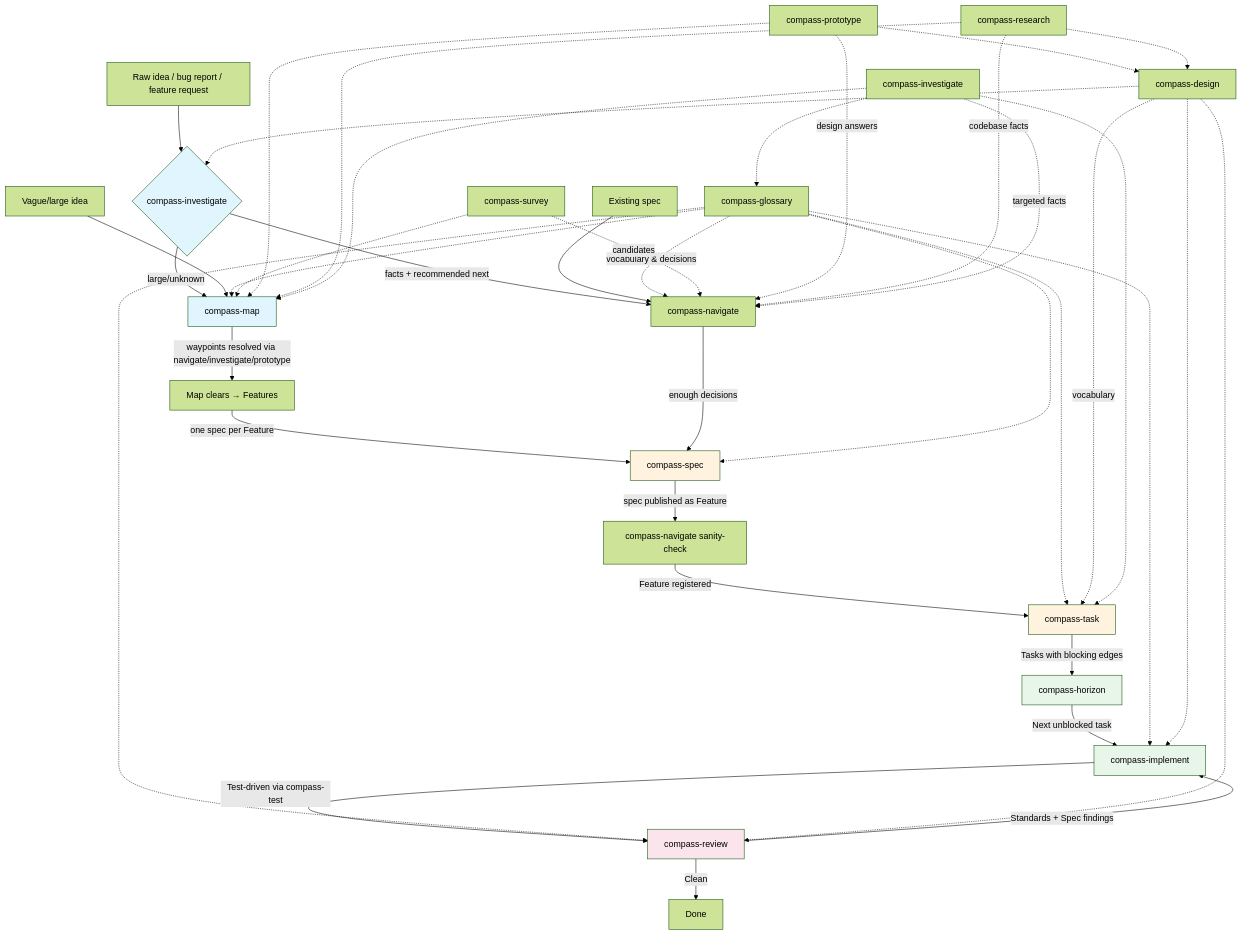
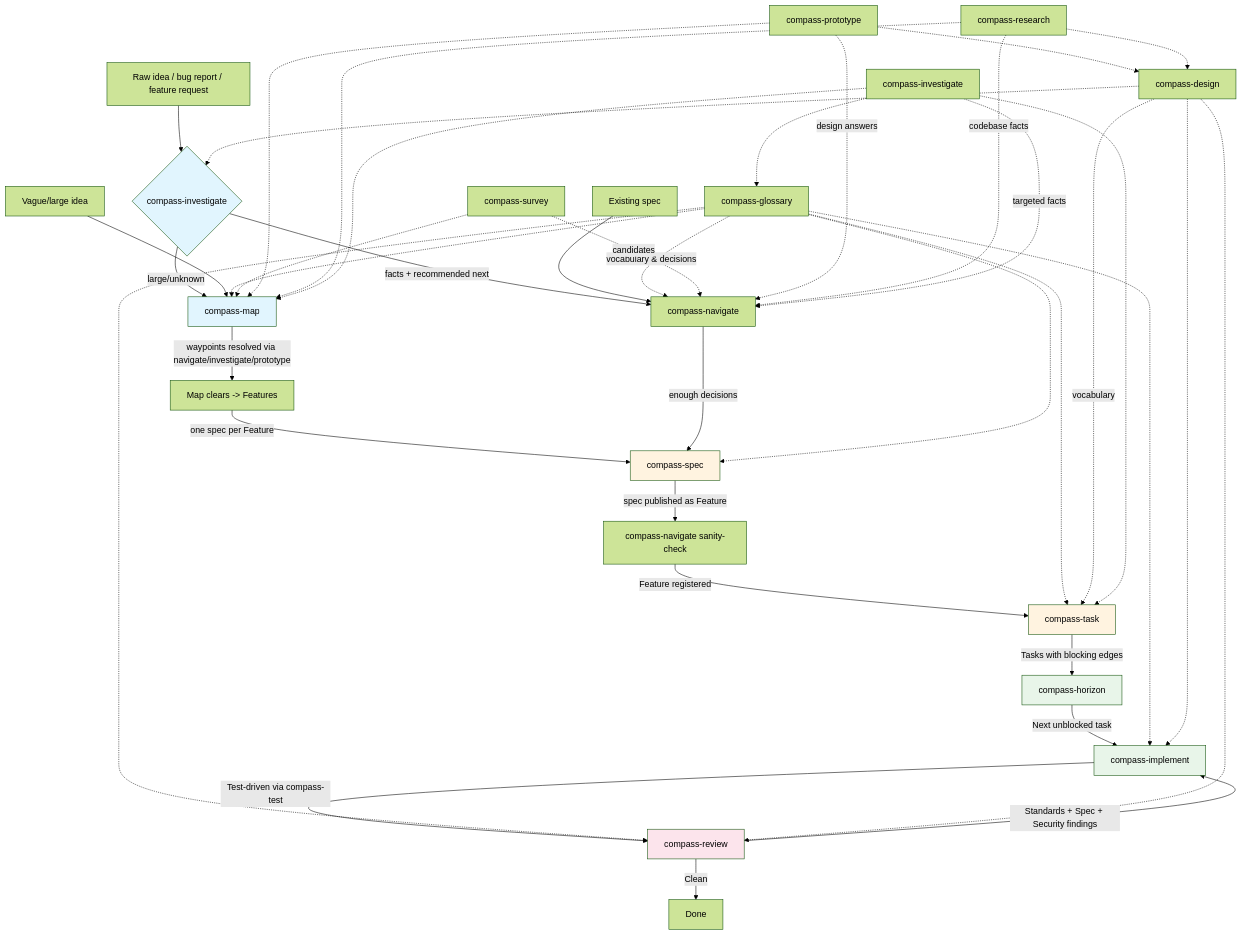
One commit to okayest-dev/compass changed the diagram in compass-index/SKILL.md. Above: the diagram before and after it, drawn with Mermaid (forest theme). The commit also changed other lines of this file and 3 other files, not shown here.

````diff
--- a/compass-index/SKILL.md
+++ b/compass-index/SKILL.md
@@ -44,64 +44,64 @@
 ```mermaid
 flowchart TD
     %% Entry points
     A[Raw idea / bug report / feature request] --> B{compass-investigate}
     B -->|facts + recommended next| C[compass-navigate]
     B -->|large/unknown| D[compass-map]
     
     %% Direct entry
     E[Existing spec] --> C
     F[Vague/large idea] --> D
     
     %% Map path
-    D -->|waypoints resolved via navigate/investigate/prototype| G[Map clears → Features]
+    D -->|waypoints resolved via navigate/investigate/prototype| G[Map clears -> Features]
     G -->|one spec per Feature| H[compass-spec]
     
     %% Direct path
     C -->|enough decisions| H
     H -->|spec published as Feature| C2[compass-navigate sanity-check]
     C2 -->|Feature registered| I[compass-task]
     
     %% Implementation path
     I -->|Tasks with blocking edges| J[compass-horizon]
     J -->|Next unblocked task| K[compass-implement]
     K -->|Test-driven via compass-test| L[compass-review]
-    L -->|Standards + Spec findings| K
+    L -->|Standards + Spec + Security findings| K
     L -->|Clean| M[Done]
     
     %% Cross-cutting (available everywhere)
     N[compass-glossary] -.->|vocabulary & decisions| C
     N -.-> D
     N -.-> H
     N -.-> I
     N -.-> K
     N -.-> L
     
     O[compass-design] -.->|vocabulary| I
     O -.-> K
     O -.-> L
     O -.-> B
     
     P[compass-survey] -.->|candidates| C
     P -.-> D
     
     Q[compass-prototype] -.->|design answers| C
     Q -.-> D
     Q -.-> O
     
     R[compass-research] -.->|codebase facts| C
     R -.-> D
     R -.-> O
     
     S[compass-investigate] -.->|targeted facts| C
     S -.-> D
     S -.-> I
     S -.-> N
     
     style B fill:#e1f5fe
     style D fill:#e1f5fe
     style H fill:#fff3e0
     style I fill:#fff3e0
     style J fill:#e8f5e9
     style K fill:#e8f5e9
     style L fill:#fce4ec
 ```
````
